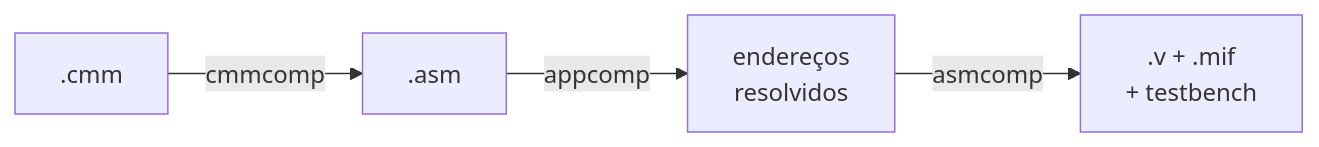
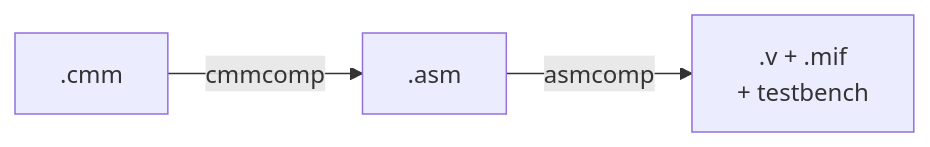
Before and after one commit to nipscernlab/docs_aurora: the diagram in source/sapho/tutorial-filtro.md, drawn with Mermaid. The commit also changed other lines of this file and 17 other files, not shown here.

````diff
--- a/source/sapho/tutorial-filtro.md
+++ b/source/sapho/tutorial-filtro.md
@@ -134,6 +126,5 @@
 ```{mermaid}
 flowchart LR
   A[".cmm"] -->|cmmcomp| B[".asm"]
-  B -->|appcomp| C["endereços<br>resolvidos"]
-  C -->|asmcomp| D[".v + .mif<br>+ testbench"]
+  B -->|asmcomp| D[".v + .mif<br>+ testbench"]
 ```
````
